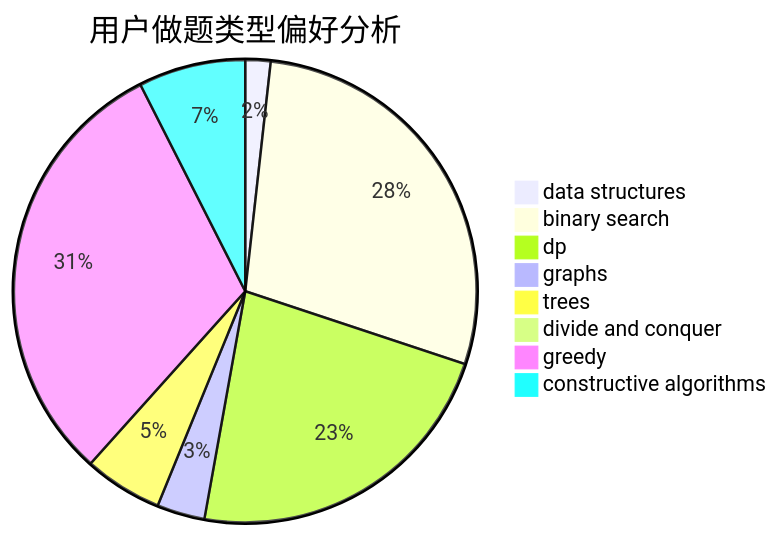
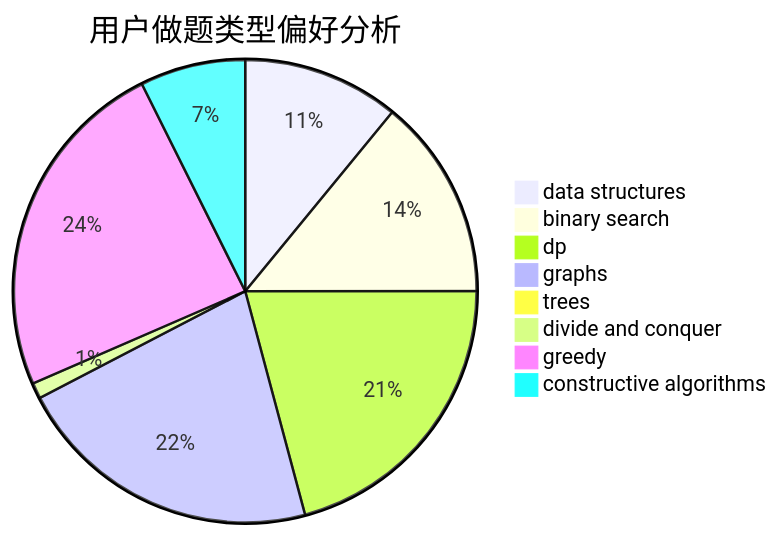
The second of 3 diagrams in docs/user/u2687.md (sherpahu/cfrs.github.io), drawn with Mermaid before and after one commit. The commit also changed other lines of this file and 2770 other files, not shown here.

````diff
--- a/docs/user/u2687.md
+++ b/docs/user/u2687.md
@@ -23,11 +23,11 @@
 ```mermaid
 pie title 用户做题类型偏好分析
-    "data structures" :  29
-    "binary search" :  466
-    "dp" :  374
-    "graphs" :  55
-    "trees" :  90
-    "divide and conquer" :  0
-    "greedy" :  508
-    "constructive algorithms" :  123
+    "data structures" :  159
+    "binary search" :  204
+    "dp" :  303
+    "graphs" :  313
+    "trees" :  0
+    "divide and conquer" :  16
+    "greedy" :  351
+    "constructive algorithms" :  107
 ```
````
